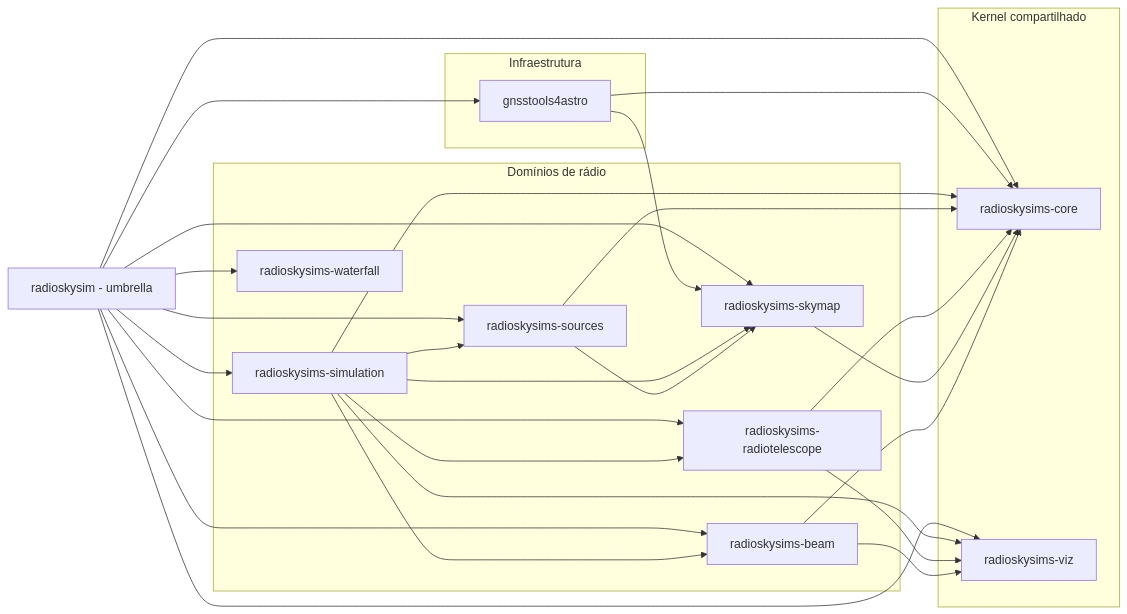
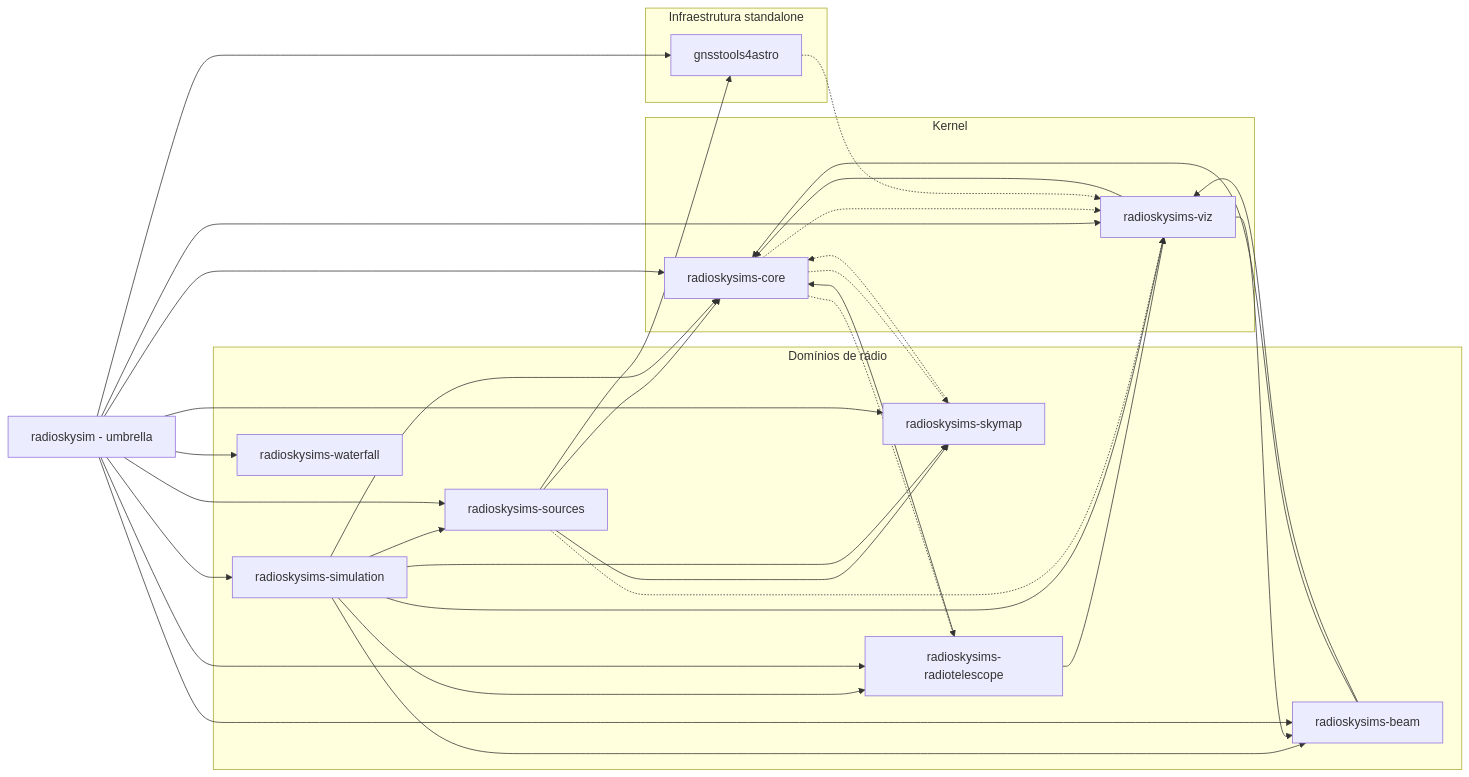
The first of 2 diagrams in docs/architecture/architecture.md (barosil/RadioSkySimSuite), drawn with Mermaid before and after one commit. The commit also changed other lines of this file and 15 other files, not shown here.

First line of the commit message:
docs(architecture): revisar e corrigir diagramas Mermaid

````diff
--- a/docs/architecture/architecture.md
+++ b/docs/architecture/architecture.md
@@ -45,39 +45,46 @@
 ```mermaid
 flowchart LR
-    subgraph Kernel["Kernel compartilhado"]
+    subgraph Kernel["Kernel"]
         CORE[radioskysims-core]
         VIZ[radioskysims-viz]
     end
 
     subgraph Dominios["Domínios de rádio"]
         BEAM[radioskysims-beam]
         SKYMAP[radioskysims-skymap]
         RT[radioskysims-radiotelescope]
         SRC[radioskysims-sources]
         SIM[radioskysims-simulation]
         WF[radioskysims-waterfall]
     end
 
-    subgraph Infra["Infraestrutura"]
+    subgraph Infra["Infraestrutura standalone"]
         GNSS[gnsstools4astro]
     end
 
     UMB[radioskysim - umbrella]
 
     BEAM --> CORE
     BEAM --> VIZ
-    SKYMAP --> CORE
     RT --> CORE
     RT --> VIZ
     SRC --> CORE
     SRC --> SKYMAP
+    SRC --> GNSS
     SIM --> CORE
     SIM --> VIZ
     SIM --> BEAM
     SIM --> SKYMAP
     SIM --> SRC
     SIM --> RT
-    GNSS --> CORE
-    GNSS --> SKYMAP
+    VIZ --> CORE
+    VIZ --> BEAM
     UMB --> CORE & VIZ & BEAM & SKYMAP & RT & SRC & SIM & WF & GNSS
+
+    CORE -.-> RT
+    CORE -.-> SKYMAP
+    CORE -.-> VIZ
+    GNSS -.-> VIZ
+    SRC -.-> VIZ
+    SKYMAP -.-> CORE
 ```
````
